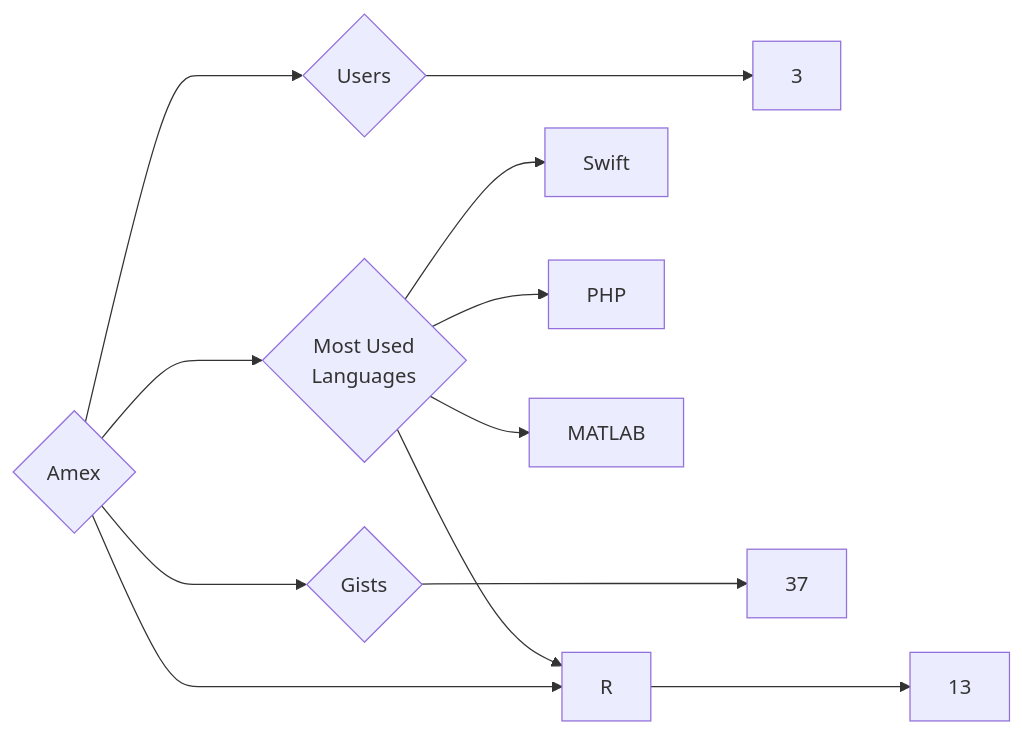
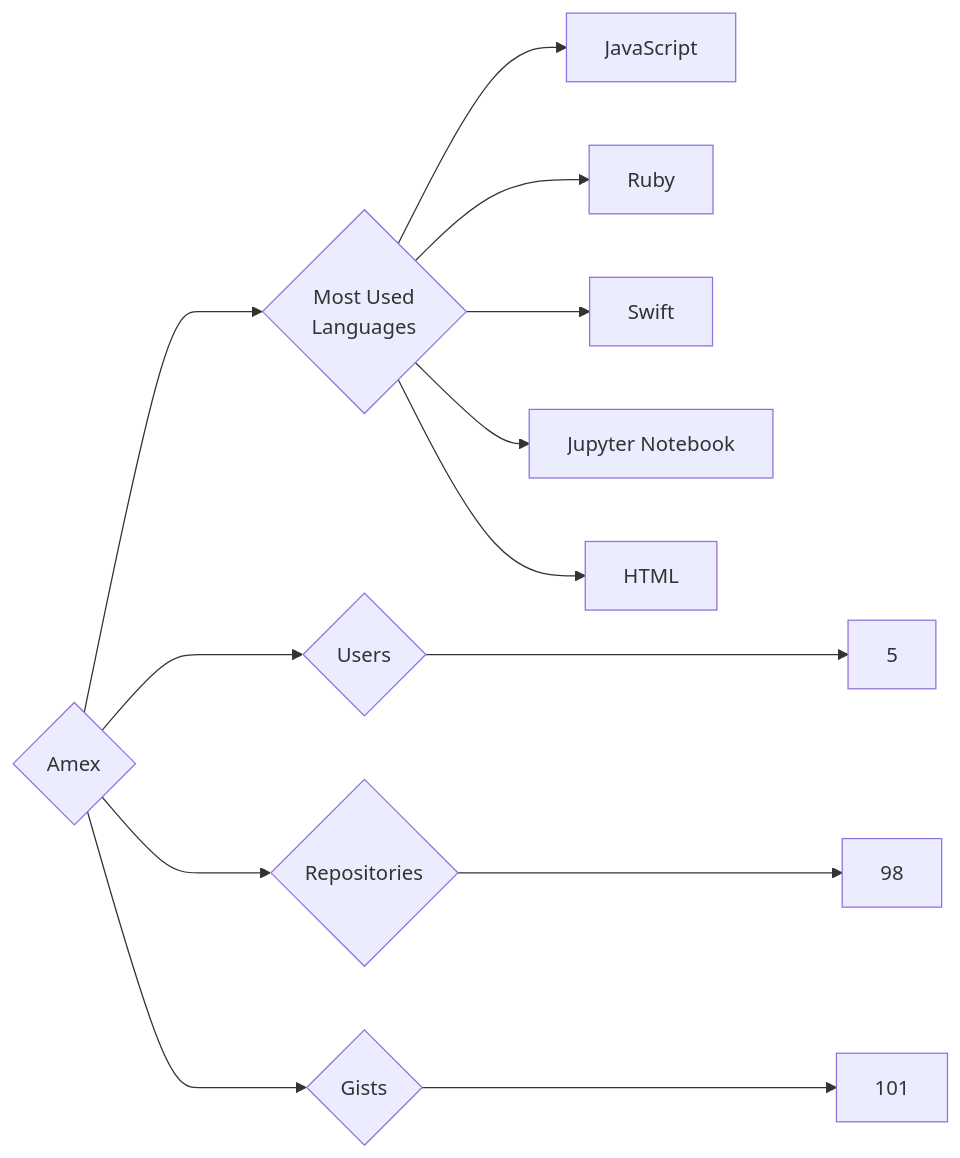
One commit to trickest/insiders changed the diagram in targets/Amex/README.md. Above: the diagram before and after it, drawn with Mermaid. The commit also changed 997 other files, not shown here.

````diff
--- a/targets/Amex/README.md
+++ b/targets/Amex/README.md
@@ -3,12 +3,13 @@
 ```mermaid
 graph LR
 COMPANY_NAME{Amex}
-COMPANY_NAME ---> U{Users} ---> UN[3]
-COMPANY_NAME ---> R{Repositories} ---> RN[13]
-COMPANY_NAME ---> G{Gists} ---> GN[37]
+COMPANY_NAME ---> U{Users} ---> UN[5]
+COMPANY_NAME ---> R{Repositories} ---> RN[98]
+COMPANY_NAME ---> G{Gists} ---> GN[101]
 COMPANY_NAME ---> ML{Most Used<br>Languages}
+ML --> JavaScript[JavaScript]
+ML --> Ruby[Ruby]
 ML --> Swift[Swift]
-ML --> R[R]
-ML --> PHP[PHP]
-ML --> MATLAB[MATLAB]
+ML --> Jupyter_Notebook[Jupyter Notebook]
+ML --> HTML[HTML]
 ```
````
